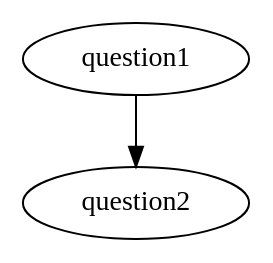
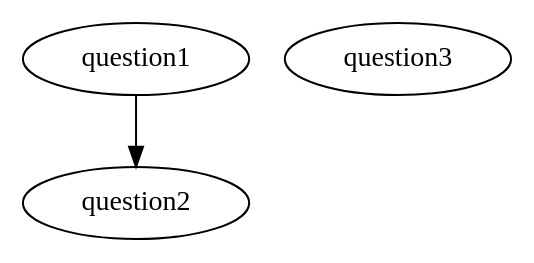
Before and after one commit to cdurden/algebra742: the diagram in static/task1.dot, drawn with Graphviz. The commit also changed 3 other files, not shown here.

```diff
--- a/static/task1.dot
+++ b/static/task1.dot
@@ -1,6 +1,7 @@
 digraph task1 {
   start=question1;
   question1 [class="Question.QuestionOnePlusOne",params="{\"Question\": \"What is $1+1$?\"}"];
   question2 [class="Question.QuestionOnePlusOne",params="{\"Question\": \"What is one plus one?\"}"];
+  question3 [class="Question.DrawingQuestion",params="{\"Question\": \"What is one plus one?\"}"];
   question1 -> question2;
 }
```
